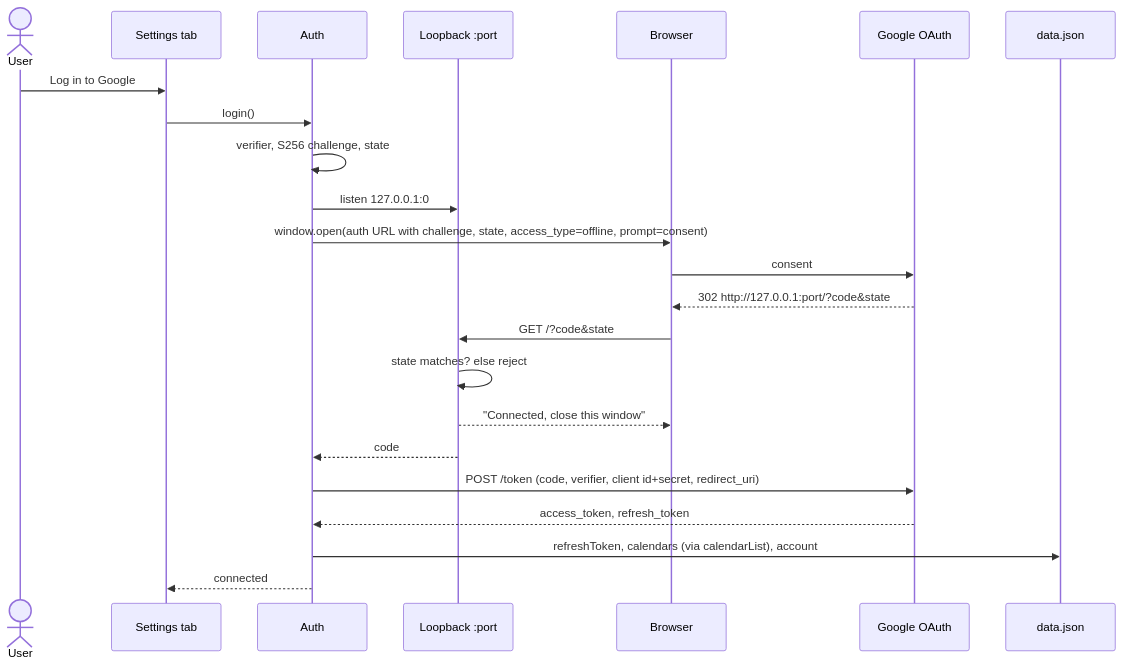
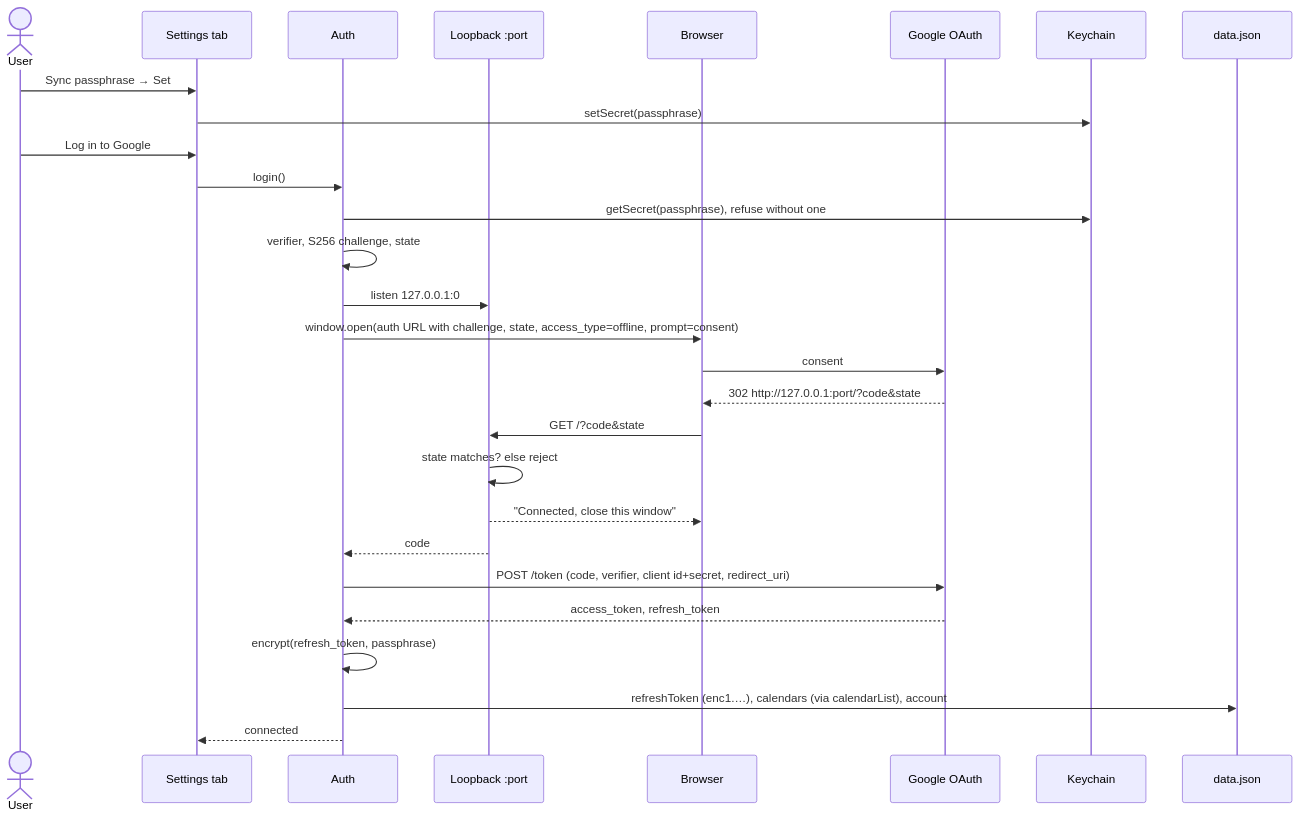
One commit to PubCyBerry/obsidian-google-cal-sync changed the fourth of 5 diagrams in docs/architecture.md. Above: the diagram before and after it, drawn with Mermaid. The commit also changed other lines of this file and 4 other files, not shown here.

First line of the commit message:
docs: describe the sync passphrase, narrower scopes and loopback hardening

````diff
--- a/docs/architecture.md
+++ b/docs/architecture.md
@@ -116,26 +121,31 @@
 ```mermaid
 sequenceDiagram
     actor U as User
     participant S as Settings tab
     participant A as Auth
     participant L as Loopback :port
     participant B as Browser
     participant G as Google OAuth
+    participant K as Keychain
     participant D as data.json
 
+    U->>S: Sync passphrase → Set
+    S->>K: setSecret(passphrase)
     U->>S: Log in to Google
     S->>A: login()
+    A->>K: getSecret(passphrase), refuse without one
     A->>A: verifier, S256 challenge, state
     A->>L: listen 127.0.0.1:0
     A->>B: window.open(auth URL with challenge, state, access_type=offline, prompt=consent)
     B->>G: consent
     G-->>B: 302 http://127.0.0.1:port/?code&state
     B->>L: GET /?code&state
     L->>L: state matches? else reject
     L-->>B: "Connected, close this window"
     L-->>A: code
     A->>G: POST /token (code, verifier, client id+secret, redirect_uri)
     G-->>A: access_token, refresh_token
-    A->>D: refreshToken, calendars (via calendarList), account
+    A->>A: encrypt(refresh_token, passphrase)
+    A->>D: refreshToken (enc1.…), calendars (via calendarList), account
     A-->>S: connected
 ```
````
